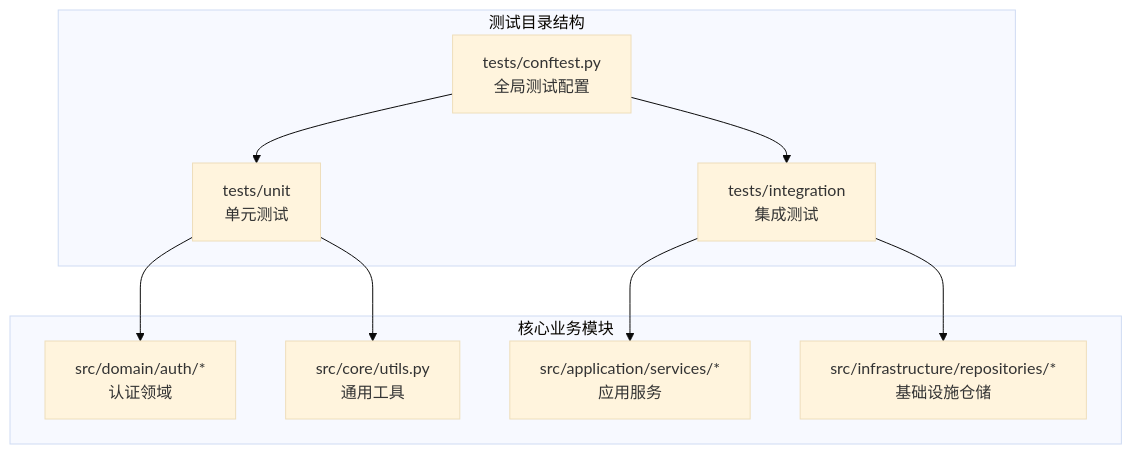
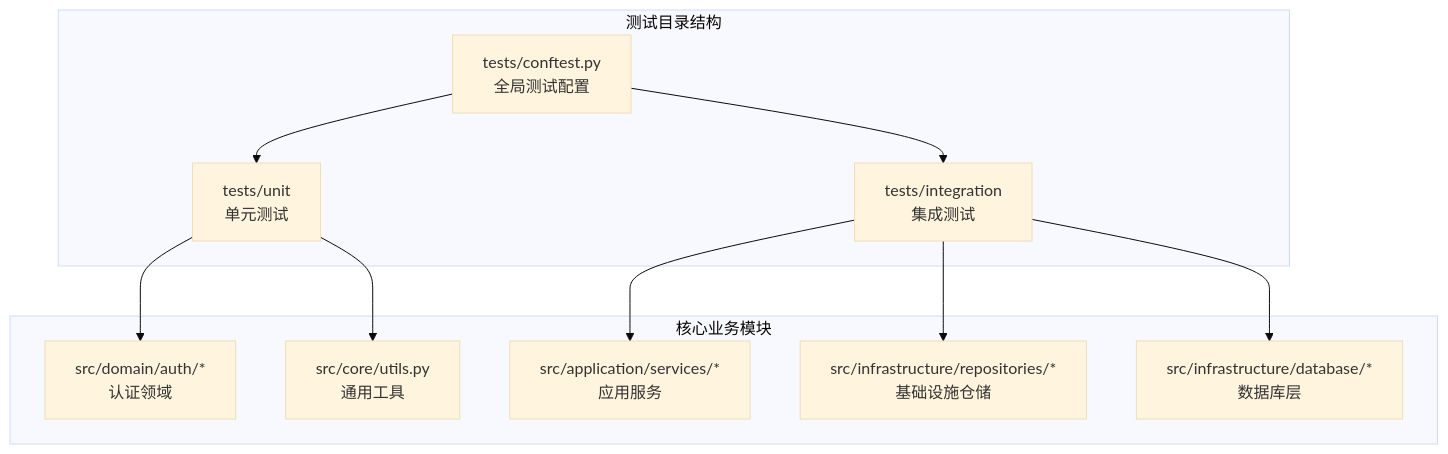
The first of 6 diagrams in .qoder/repowiki/zh/content/测试策略/测试策略.md (taoweidong/Hello-FastApi), drawn with Mermaid (base theme) before and after one commit. The commit also changed other lines of this file and 11 other files, not shown here.

````diff
--- a/.qoder/repowiki/zh/content/测试策略/测试策略.md
+++ b/.qoder/repowiki/zh/content/测试策略/测试策略.md
@@ -49,20 +52,22 @@
 ```mermaid
 graph TB
 subgraph "测试目录结构"
 U["tests/unit<br/>单元测试"]
 I["tests/integration<br/>集成测试"]
 C["tests/conftest.py<br/>全局测试配置"]
 end
 subgraph "核心业务模块"
 P["src/domain/auth/*<br/>认证领域"]
 K["src/core/utils.py<br/>通用工具"]
 S["src/application/services/*<br/>应用服务"]
 R["src/infrastructure/repositories/*<br/>基础设施仓储"]
+D["src/infrastructure/database/*<br/>数据库层"]
 end
 U --> P
 U --> K
 I --> S
 I --> R
+I --> D
 C --> I
 C --> U
 ```
````
